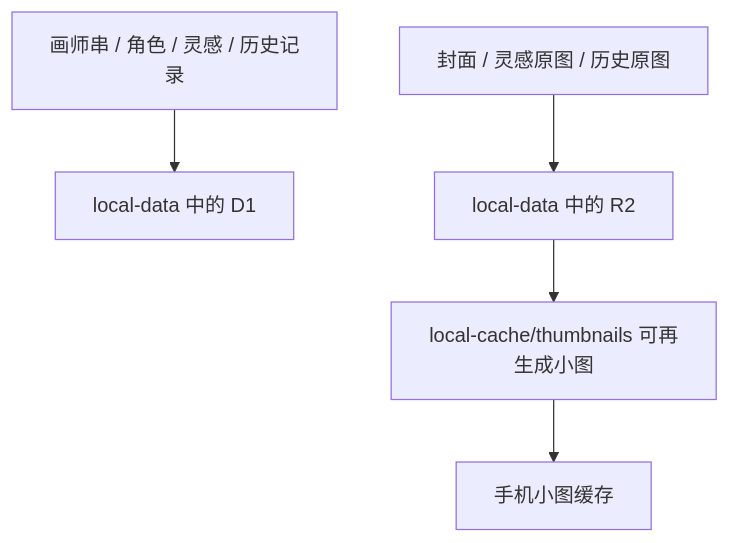
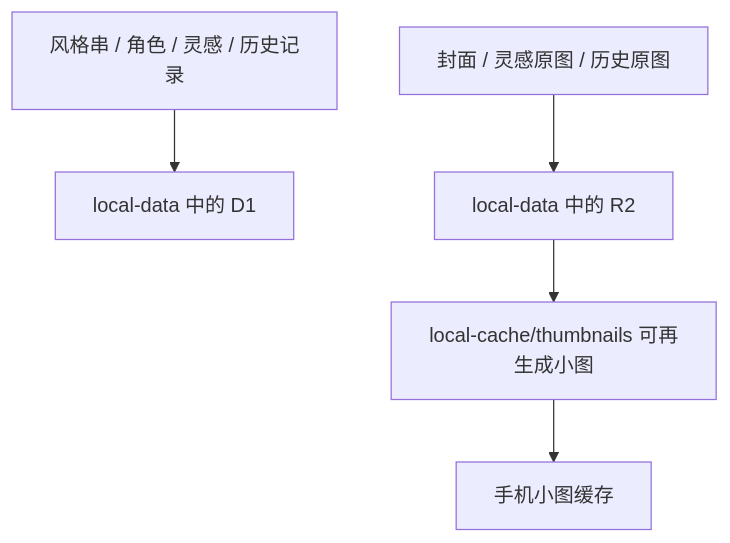
One commit to HelloQun54321/nai-atelier changed the third of 3 diagrams in README.md. Above: the diagram before and after it, drawn with Mermaid. The commit also changed other lines of this file and 19 other files, not shown here.

````diff
--- a/README.md
+++ b/README.md
@@ -536,7 +536,7 @@
 ```mermaid
 flowchart TD
-    A["画师串 / 角色 / 灵感 / 历史记录"] --> D["local-data 中的 D1"]
+    A["风格串 / 角色 / 灵感 / 历史记录"] --> D["local-data 中的 D1"]
     B["封面 / 灵感原图 / 历史原图"] --> R["local-data 中的 R2"]
     R --> T["local-cache/thumbnails 可再生成小图"]
     T --> M["手机小图缓存"]
 ```
````
